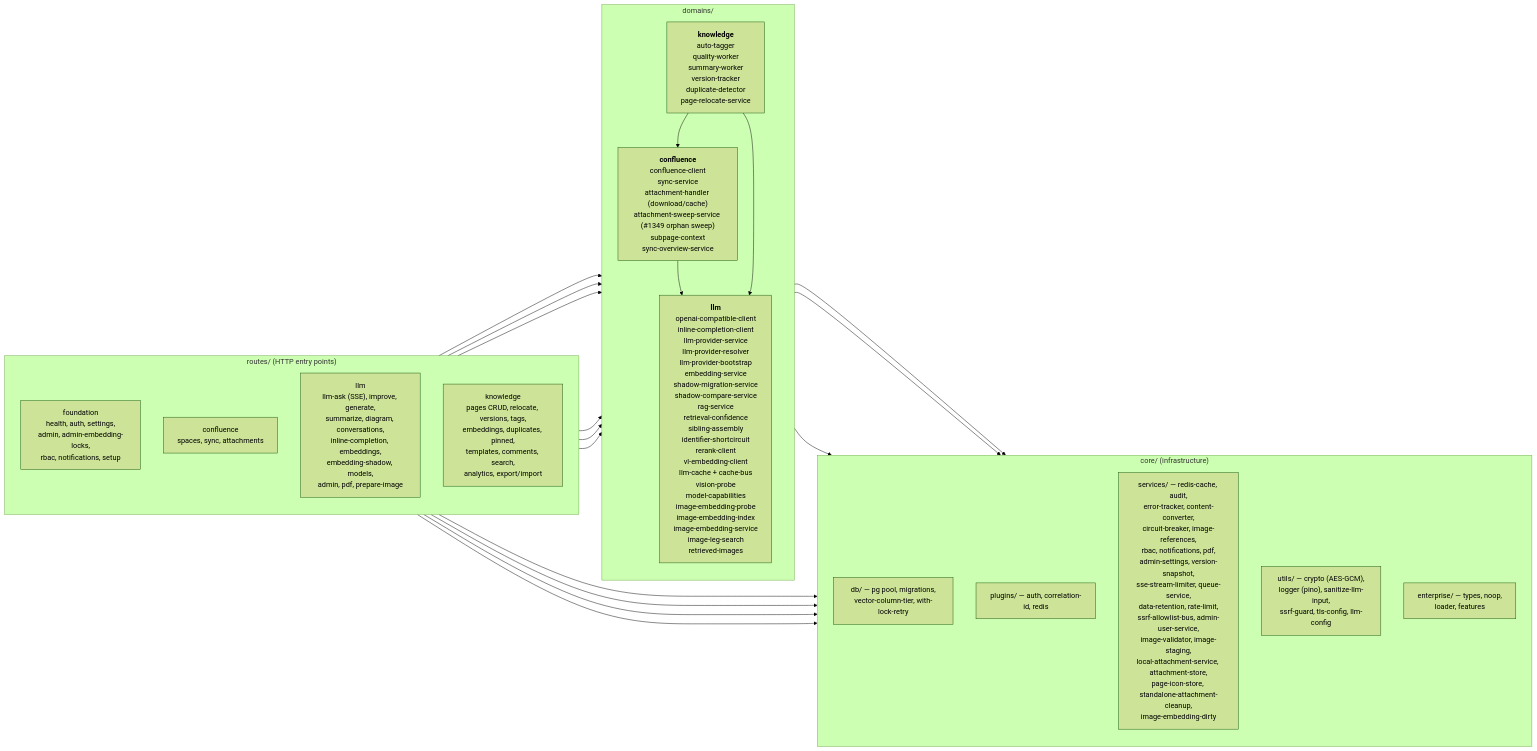
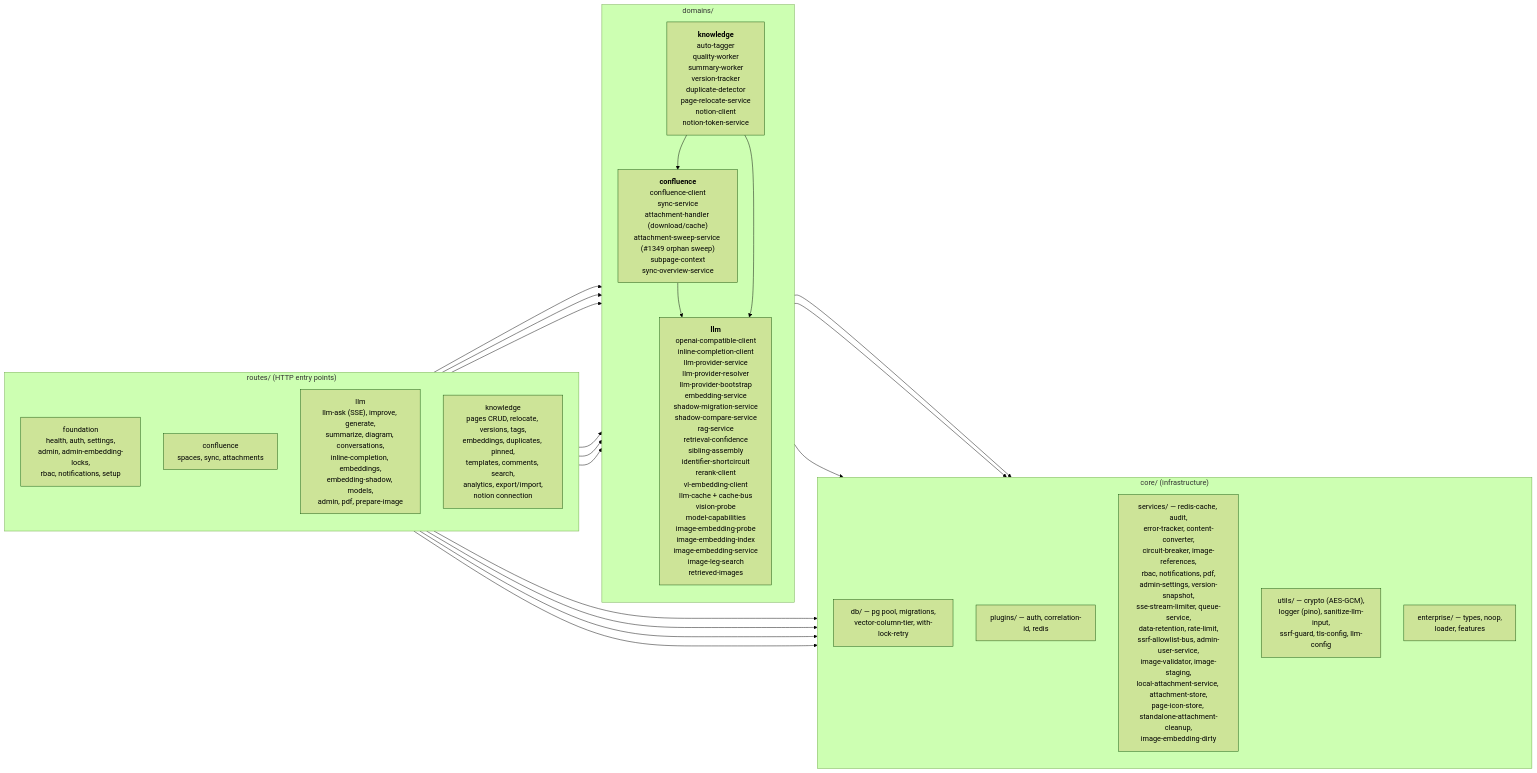
Before and after one commit to Compendiq/compendiq-ce: the first of 3 diagrams in docs/architecture/03-backend-domains.md, drawn with Mermaid (forest theme). The commit also changed 19 other files, not shown here.

First line of the commit message:
feat(knowledge): encrypt Notion integration token and add thin HTTP client (#1462)

````diff
--- a/docs/architecture/03-backend-domains.md
+++ b/docs/architecture/03-backend-domains.md
@@ -9,44 +9,44 @@
 ```mermaid
 flowchart LR
     subgraph routes["routes/ (HTTP entry points)"]
         direction TB
         rF["foundation<br/>health, auth, settings,<br/>admin, admin-embedding-locks,<br/>rbac, notifications, setup"]
         rC["confluence<br/>spaces, sync, attachments"]
         rL["llm<br/>llm-ask (SSE), improve, generate,<br/>summarize, diagram, conversations,<br/>inline-completion, embeddings,<br/>embedding-shadow, models,<br/>admin, pdf, prepare-image"]
-        rK["knowledge<br/>pages CRUD, relocate, versions, tags,<br/>embeddings, duplicates, pinned,<br/>templates, comments, search,<br/>analytics, export/import"]
+        rK["knowledge<br/>pages CRUD, relocate, versions, tags,<br/>embeddings, duplicates, pinned,<br/>templates, comments, search,<br/>analytics, export/import,<br/>notion connection"]
     end
 
     subgraph domains["domains/"]
         direction TB
         dC["<b>confluence</b><br/>confluence-client<br/>sync-service<br/>attachment-handler (download/cache)<br/>attachment-sweep-service (#1349 orphan sweep)<br/>subpage-context<br/>sync-overview-service"]
         dL["<b>llm</b><br/>openai-compatible-client<br/>inline-completion-client<br/>llm-provider-service<br/>llm-provider-resolver<br/>llm-provider-bootstrap<br/>embedding-service<br/>shadow-migration-service<br/>shadow-compare-service<br/>rag-service<br/>retrieval-confidence<br/>sibling-assembly<br/>identifier-shortcircuit<br/>rerank-client<br/>vl-embedding-client<br/>llm-cache + cache-bus<br/>vision-probe<br/>model-capabilities<br/>image-embedding-probe<br/>image-embedding-index<br/>image-embedding-service<br/>image-leg-search<br/>retrieved-images"]
-        dK["<b>knowledge</b><br/>auto-tagger<br/>quality-worker<br/>summary-worker<br/>version-tracker<br/>duplicate-detector<br/>page-relocate-service"]
+        dK["<b>knowledge</b><br/>auto-tagger<br/>quality-worker<br/>summary-worker<br/>version-tracker<br/>duplicate-detector<br/>page-relocate-service<br/>notion-client<br/>notion-token-service"]
     end
 
     subgraph core["core/ (infrastructure)"]
         direction TB
         cDB["db/ — pg pool, migrations,<br/>vector-column-tier, with-lock-retry"]
         cPlug["plugins/ — auth, correlation-id, redis"]
         cSvc["services/ — redis-cache, audit,<br/>error-tracker, content-converter,<br/>circuit-breaker, image-references,<br/>rbac, notifications, pdf,<br/>admin-settings, version-snapshot,<br/>sse-stream-limiter, queue-service,<br/>data-retention, rate-limit,<br/>ssrf-allowlist-bus, admin-user-service,<br/>image-validator, image-staging,<br/>local-attachment-service, attachment-store,<br/>page-icon-store, standalone-attachment-cleanup,<br/>image-embedding-dirty"]
         cUtil["utils/ — crypto (AES-GCM),<br/>logger (pino), sanitize-llm-input,<br/>ssrf-guard, tls-config, llm-config"]
         cEnt["enterprise/ — types, noop,<br/>loader, features"]
     end
 
     rF --> core
     rC --> core
     rC --> dC
     rL --> core
     rL --> dL
     rL --> dC
     rK --> core
     rK --> dK
     rK --> dL
     rK --> dC
 
     dC --> core
     dC --> dL
     dL --> core
     dK --> core
     dK --> dL
     dK --> dC
 ```
````
